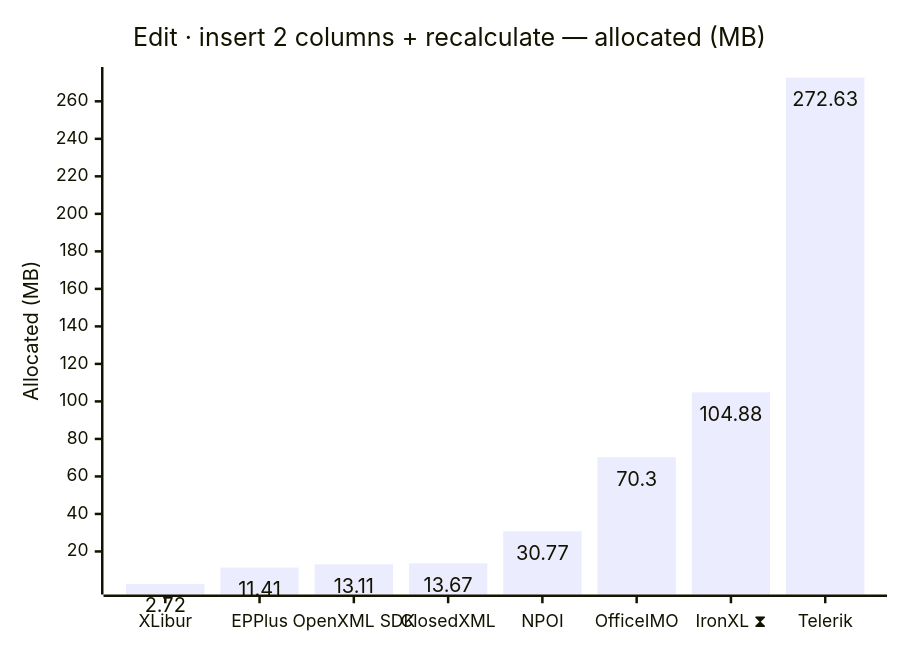
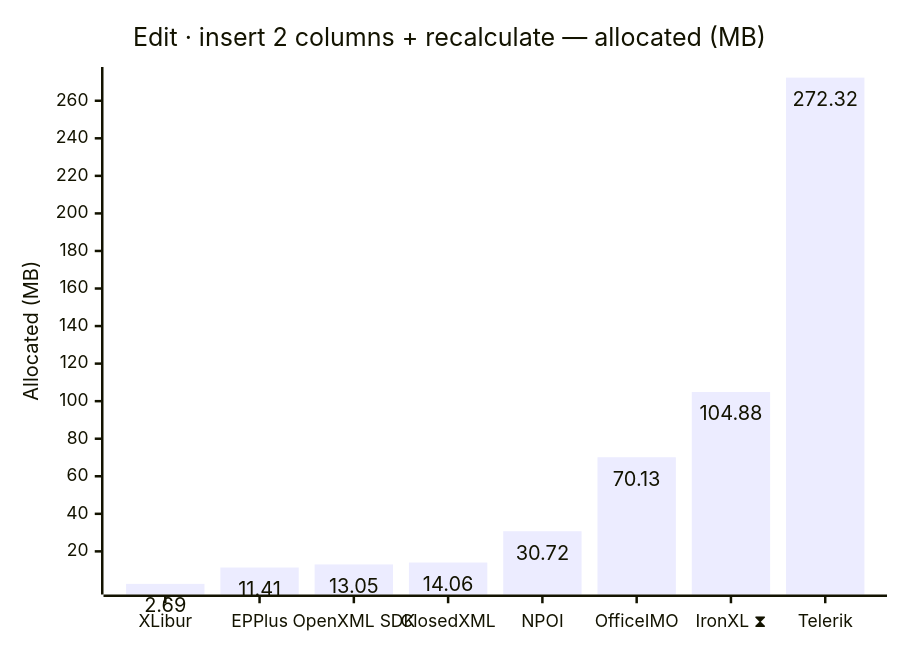
Before and after one commit to jafin/XLBench: diagram 14 of 18 in docs/results.md, drawn with Mermaid. The commit also changed other lines of this file and 5 other files, not shown here.

````diff
--- a/docs/results.md
+++ b/docs/results.md
@@ -211,12 +211,12 @@
 ```mermaid
 ---
 config:
   xyChart:
     showDataLabel: true
 ---
 xychart-beta
     title "Edit · insert 2 columns + recalculate — allocated (MB)"
     x-axis ["XLibur", "EPPlus", "OpenXML SDK", "ClosedXML", "NPOI", "OfficeIMO", "IronXL ⧗", "Telerik"]
     y-axis "Allocated (MB)"
-    bar [2.72, 11.41, 13.11, 13.67, 30.77, 70.3, 104.88, 272.63]
+    bar [2.69, 11.41, 13.05, 14.06, 30.72, 70.13, 104.88, 272.32]
 ```
````
